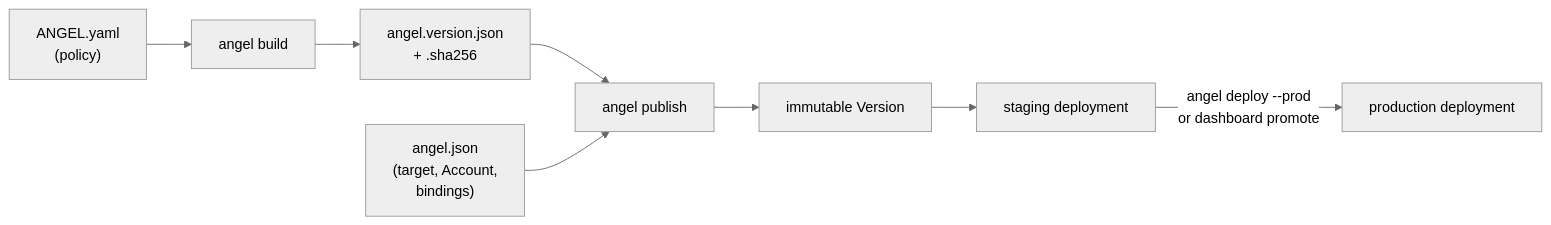
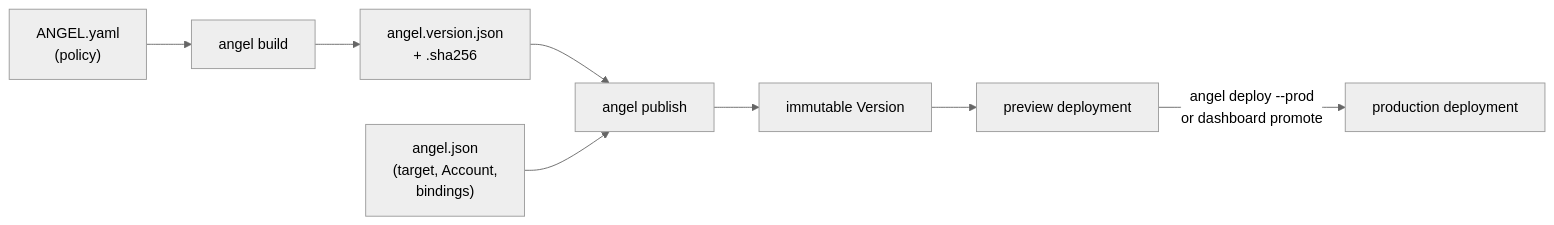
One commit to exocognito/angel-cloud changed the third of 3 diagrams in docs/user-manual.md. Above: the diagram before and after it, drawn with Mermaid (neutral theme). The commit also changed other lines of this file and 12 other files, not shown here.

````diff
--- a/docs/user-manual.md
+++ b/docs/user-manual.md
@@ -388,10 +392,10 @@
 ```mermaid
 flowchart LR
     Y["ANGEL.yaml\n(policy)"] --> BLD["angel build"]
     BLD --> ART["angel.version.json\n+ .sha256"]
     ART --> PUB["angel publish"]
     J["angel.json\n(target, Account,\nbindings)"] --> PUB
     PUB --> V["immutable Version"]
-    V --> S["staging deployment"]
+    V --> S["preview deployment"]
     S -->|"angel deploy --prod\nor dashboard promote"| PR["production deployment"]
 ```
````
